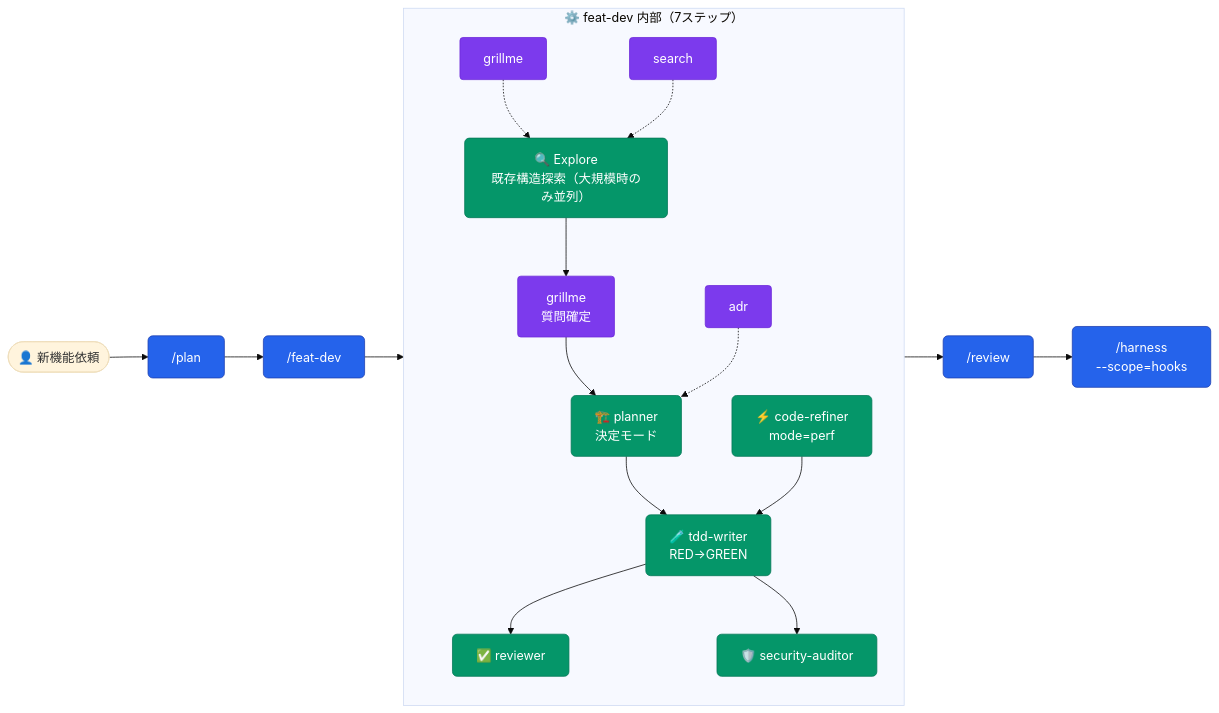
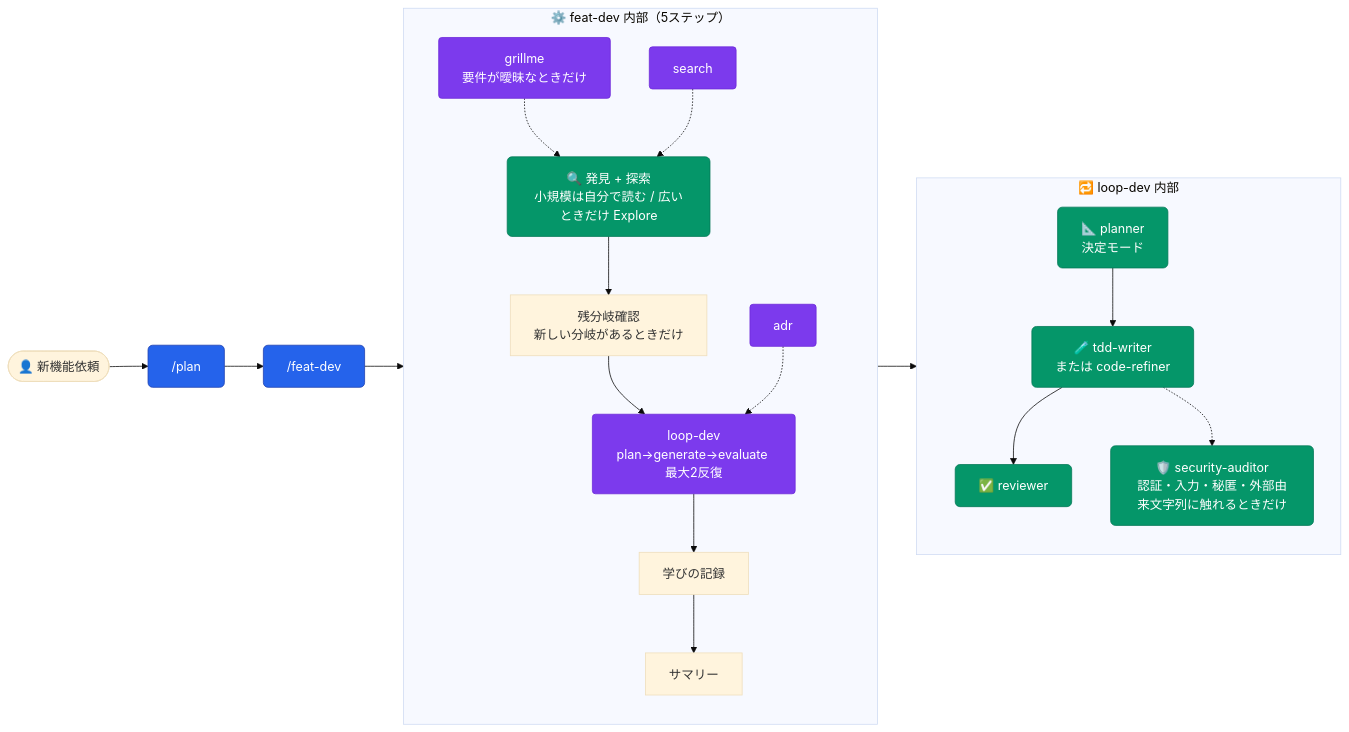
The first of 19 diagrams in README.md (aokumablue/claq), drawn with Mermaid (base theme) before and after one commit. The commit also changed other lines of this file, not shown here.

First line of the commit message:
docs(readme): コマンドの段数・ワークフロー図・フック説明を実装に合わせる

````diff
--- a/README.md
+++ b/README.md
@@ -173,26 +173,31 @@
 ```mermaid
 flowchart LR
   classDef cmd    fill:#2563eb,stroke:#1e40af,color:#fff,rx:6
   classDef agent  fill:#059669,stroke:#047857,color:#fff,rx:6
   classDef skill  fill:#7c3aed,stroke:#6d28d9,color:#fff,rx:4
   classDef auto   fill:#ea580c,stroke:#c2410c,color:#fff,rx:4
 
   U(["👤 新機能依頼"]) --> CP["/plan"]:::cmd
   CP --> CF["/feat-dev"]:::cmd
 
-  subgraph featdev["⚙️ feat-dev 内部（7ステップ）"]
+  subgraph featdev["⚙️ feat-dev 内部（5ステップ）"]
     direction TB
-    SG1["grillme"]:::skill -.-> AE
-    AE["🔍 Explore<br/>既存構造探索（大規模時のみ並列）"]:::agent --> SG2["grillme<br/>質問確定"]:::skill
-    SG2 --> AA["🏗️ planner<br/>決定モード"]:::agent
-    AA & APO["⚡ code-refiner<br/>mode=perf"]:::agent --> AT["🧪 tdd-writer<br/>RED→GREEN"]:::agent
-    AT --> AR["✅ reviewer"]:::agent
-    AT --> ASEC["🛡️ security-auditor"]:::agent
+    SG1["grillme<br/>要件が曖昧なときだけ"]:::skill -.-> AE
+    AE["🔍 発見 + 探索<br/>小規模は自分で読む / 広いときだけ Explore"]:::agent --> SG2["残分岐確認<br/>新しい分岐があるときだけ"]
+    SG2 --> LD["loop-dev<br/>plan→generate→evaluate 最大2反復"]:::skill
+    LD --> LEARN["学びの記録"]
+    LEARN --> SUM["サマリー"]
     SS["search"]:::skill -.-> AE
-    SA["adr"]:::skill -.-> AA
+    SA["adr"]:::skill -.-> LD
   end
 
+  subgraph loopdev["🔁 loop-dev 内部"]
+    direction TB
+    LP["📐 planner<br/>決定モード"]:::agent --> LG["🧪 tdd-writer<br/>または code-refiner"]:::agent
+    LG --> LR["✅ reviewer"]:::agent
+    LG -.-> LS["🛡️ security-auditor<br/>認証・入力・秘匿・外部由来文字列に触れるときだけ"]:::agent
+  end
+
+  LD --> loopdev
   CF --> featdev
-  featdev --> CR["/review"]:::cmd
-  CR --> CH["/harness<br/>--scope=hooks"]:::cmd
 ```
````
